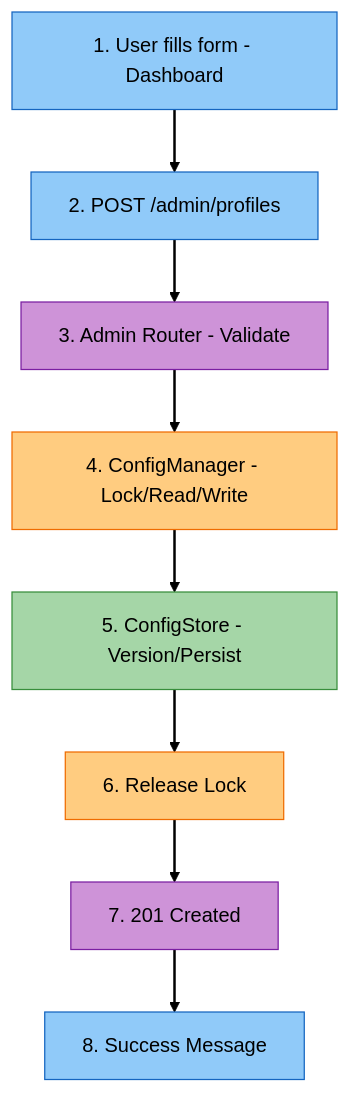
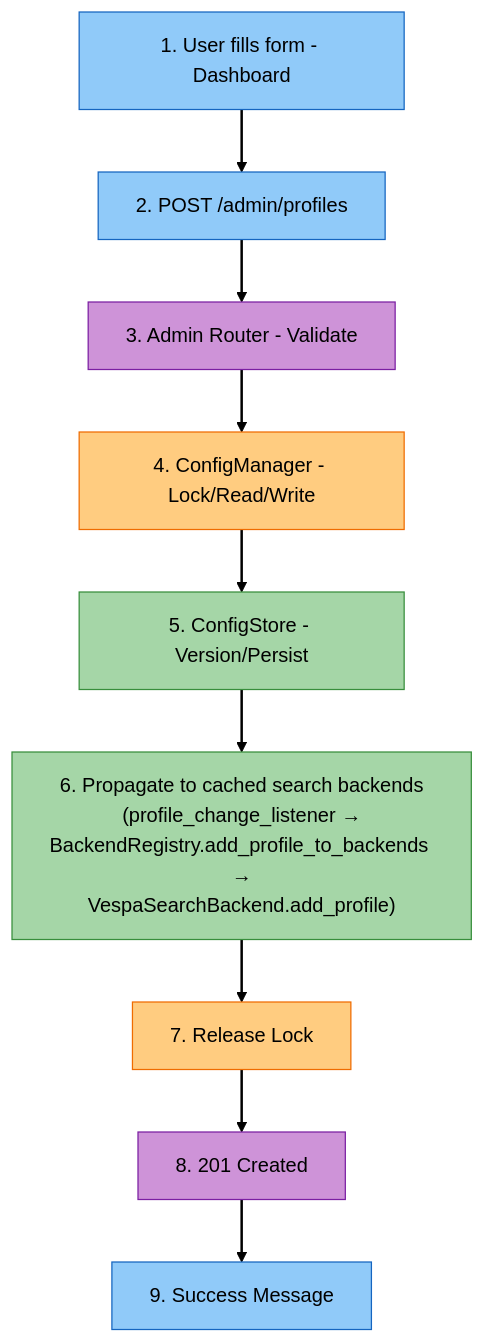
One commit to amit-jain/cogniverse changed the second of 4 diagrams in docs/architecture/dynamic-profiles.md. Above: the diagram before and after it, drawn with Mermaid. The commit also changed other lines of this file and 12 other files, not shown here.

````diff
--- a/docs/architecture/dynamic-profiles.md
+++ b/docs/architecture/dynamic-profiles.md
@@ -376,30 +385,33 @@
 ```mermaid
 flowchart TB
     User["<span style='color:#000'>1. User fills form - Dashboard</span>"]
     API["<span style='color:#000'>2. POST /admin/profiles</span>"]
     Router["<span style='color:#000'>3. Admin Router - Validate</span>"]
     ConfigMgr["<span style='color:#000'>4. ConfigManager - Lock/Read/Write</span>"]
     Store["<span style='color:#000'>5. ConfigStore - Version/Persist</span>"]
-    Release["<span style='color:#000'>6. Release Lock</span>"]
-    Response["<span style='color:#000'>7. 201 Created</span>"]
-    Success["<span style='color:#000'>8. Success Message</span>"]
+    Propagate["<span style='color:#000'>6. Propagate to cached search backends<br/>(profile_change_listener →<br/>BackendRegistry.add_profile_to_backends →<br/>VespaSearchBackend.add_profile)</span>"]
+    Release["<span style='color:#000'>7. Release Lock</span>"]
+    Response["<span style='color:#000'>8. 201 Created</span>"]
+    Success["<span style='color:#000'>9. Success Message</span>"]
 
     User --> API
     API --> Router
     Router --> ConfigMgr
     ConfigMgr --> Store
-    Store --> Release
+    Store --> Propagate
+    Propagate --> Release
     Release --> Response
     Response --> Success
 
     style User fill:#90caf9,stroke:#1565c0,color:#000
     style API fill:#90caf9,stroke:#1565c0,color:#000
     style Router fill:#ce93d8,stroke:#7b1fa2,color:#000
     style ConfigMgr fill:#ffcc80,stroke:#ef6c00,color:#000
     style Store fill:#a5d6a7,stroke:#388e3c,color:#000
+    style Propagate fill:#a5d6a7,stroke:#388e3c,color:#000
     style Release fill:#ffcc80,stroke:#ef6c00,color:#000
     style Response fill:#ce93d8,stroke:#7b1fa2,color:#000
     style Success fill:#90caf9,stroke:#1565c0,color:#000
 
-    linkStyle 0,1,2,3,4,5,6 stroke:#000,stroke-width:2px
+    linkStyle 0,1,2,3,4,5,6,7 stroke:#000,stroke-width:2px
 ```
````
